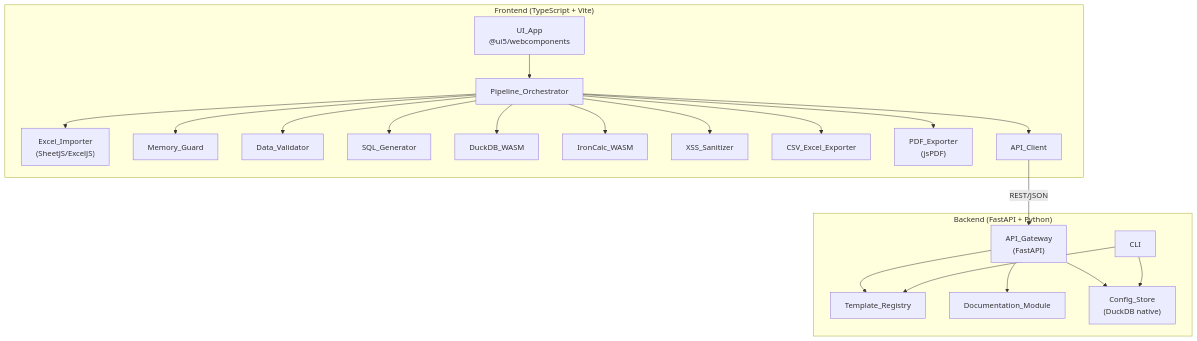
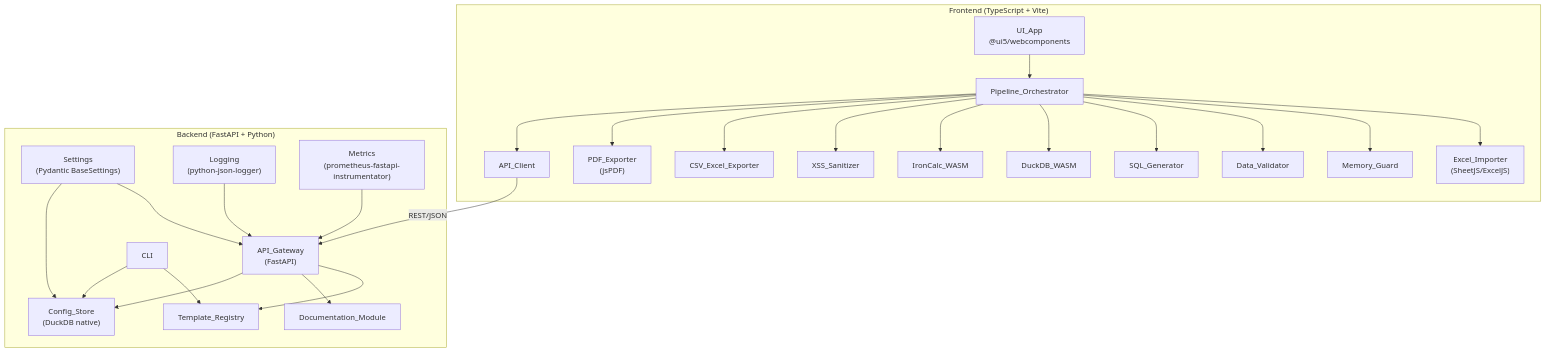
Before and after one commit to jan-ru/excel2budget.py: the first of 3 diagrams in .kiro/specs/frontend-backend-split/design.md, drawn with Mermaid. The commit also changed other lines of this file and 18 other files, not shown here.

First line of the commit message:
feat: add 12-factor compliance (settings, logging, metrics, lifespan)

````diff
--- a/.kiro/specs/frontend-backend-split/design.md
+++ b/.kiro/specs/frontend-backend-split/design.md
@@ -23,44 +23,51 @@
 ```mermaid
 graph TB
     subgraph Browser["Frontend (TypeScript + Vite)"]
         UI["UI_App<br/>@ui5/webcomponents"]
         EI["Excel_Importer<br/>(SheetJS/ExcelJS)"]
         MG["Memory_Guard"]
         DV["Data_Validator"]
         SG["SQL_Generator"]
         DW["DuckDB_WASM"]
         IC["IronCalc_WASM"]
         XS["XSS_Sanitizer"]
         EX["CSV_Excel_Exporter"]
         PX["PDF_Exporter<br/>(jsPDF)"]
         PO["Pipeline_Orchestrator"]
         AC["API_Client"]
     end
 
     subgraph Server["Backend (FastAPI + Python)"]
         AG["API_Gateway<br/>(FastAPI)"]
         TR["Template_Registry"]
         DM["Documentation_Module"]
         CS["Config_Store<br/>(DuckDB native)"]
         CLI["CLI"]
+        ST["Settings<br/>(Pydantic BaseSettings)"]
+        LG["Logging<br/>(python-json-logger)"]
+        MT["Metrics<br/>(prometheus-fastapi-instrumentator)"]
     end
 
     UI --> PO
     PO --> EI
     PO --> MG
     PO --> DV
     PO --> SG
     PO --> DW
     PO --> IC
     PO --> XS
     PO --> EX
     PO --> PX
     PO --> AC
 
     AC -->|"REST/JSON"| AG
     AG --> TR
     AG --> DM
     AG --> CS
     CLI --> TR
     CLI --> CS
+    ST --> AG
+    ST --> CS
+    LG --> AG
+    MT --> AG
 ```
````
